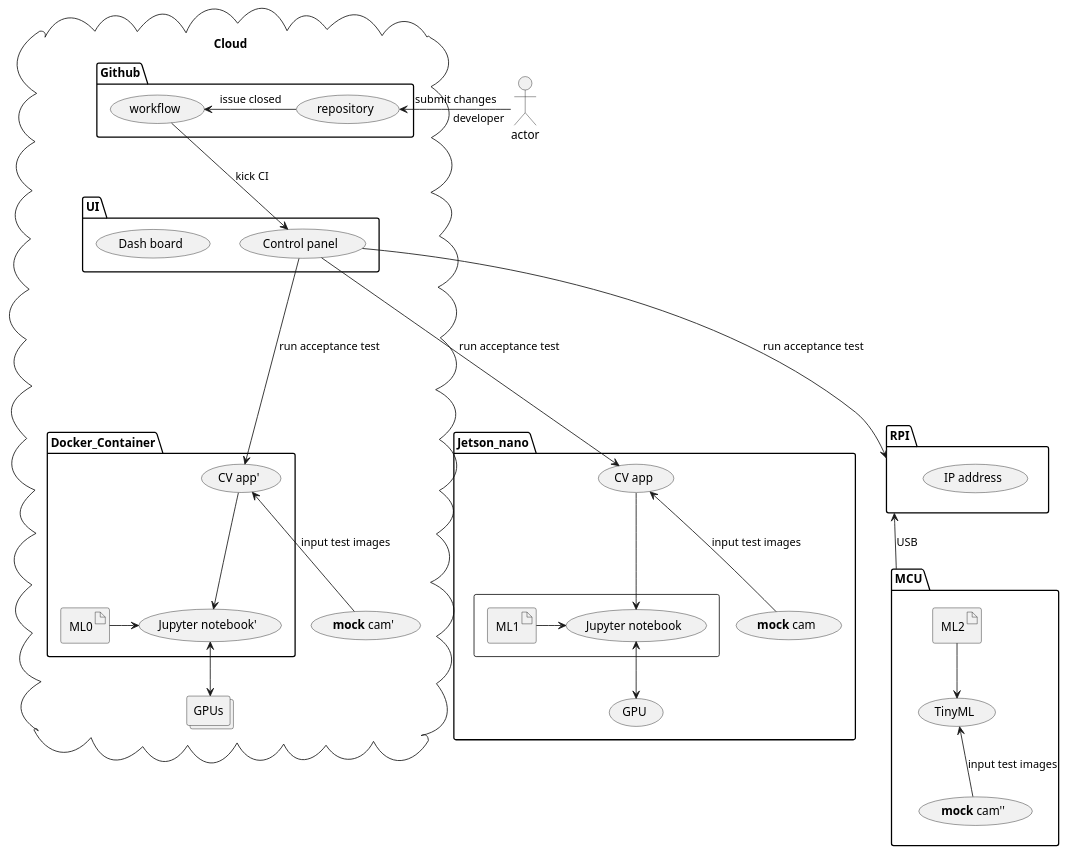
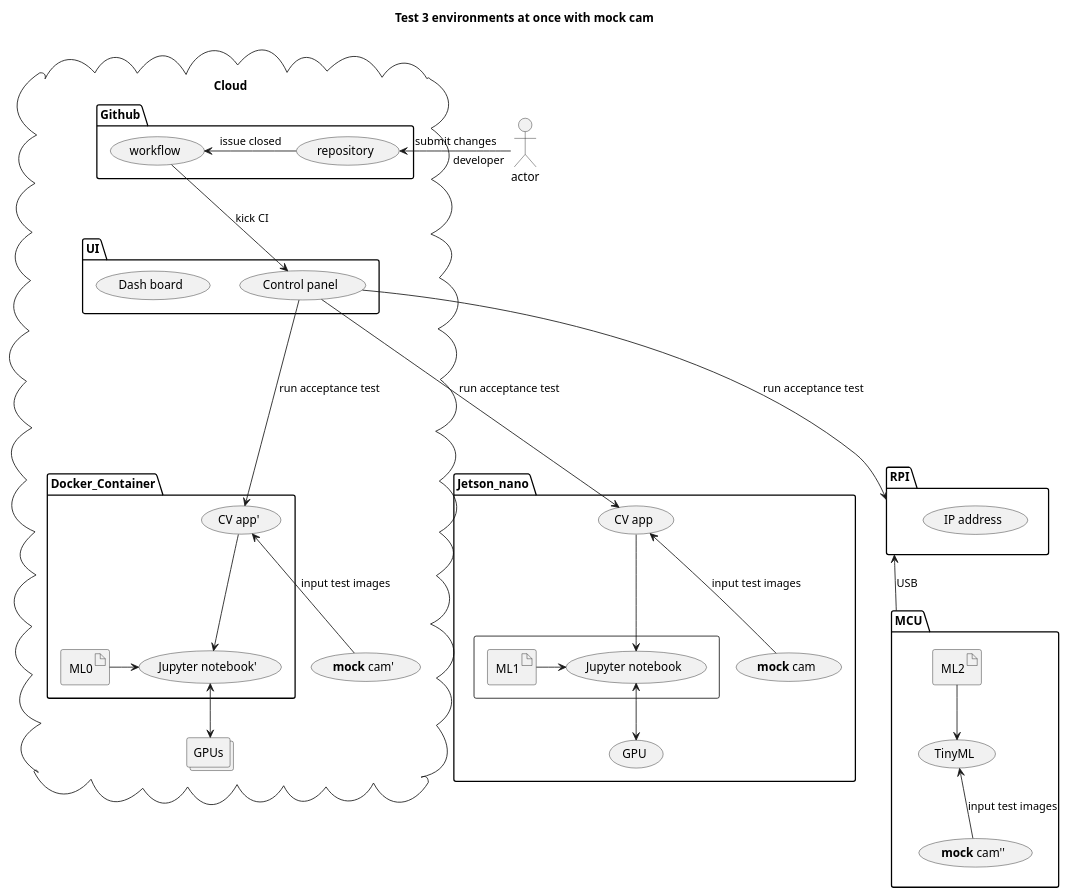
Before and after one commit to Origami-Cloudless-AI/software-engineering-project: the diagram in tdd.puml, drawn with PlantUML. The commit also changed 3 other files, not shown here.

```diff
--- a/tdd.puml
+++ b/tdd.puml
@@ -1,57 +1,58 @@
 @startuml
-'title "test triple with TDD / CI / CD"
+
+title "Test 3 environments at once with mock cam"
 
 cloud Cloud {
 	package Github {
 		(workflow) <- (repository) : issue closed
 	}
 
 	package UI {
 		(workflow) -down-> (Control panel) : kick CI
 		(Dash board)
 	}
 	package Docker_Container {
 		  artifact "ML0"
 		  (Jupyter notebook')
 		  (CV app')
 	}
 	collections "GPUs"
 "ML0" -right-> (Jupyter notebook')
 (CV app') -down-> (Jupyter notebook')
 (Jupyter notebook') <-down-> GPUs
 (CV app') <-down- (**mock** cam') : input test images
 }
 
 actor "developer" --left--> (repository) : submit changes
 
 package Jetson_nano {
 	rectangle {
 		  artifact "ML1"
 		  (Jupyter notebook)
 		  (CV app')
 	}
 
 "ML1" -right-> (Jupyter notebook)
 (CV app) -down-> (Jupyter notebook)
 (Jupyter notebook) <-down-> (GPU)
 (CV app) <-down- (**mock** cam) : input test images
 }
 
 (Control panel) --down--> (CV app) : run acceptance test
 (Control panel) --down--> (CV app') : run acceptance test
 (Control panel) --down--> RPI : run acceptance test
 
 package RPI {
 	(IP address)
 }
 
 package MCU {
         artifact "ML2"
 	ML2 -down-> (TinyML)
 	(TinyML) <-down- (**mock** cam'') : input test images 
 }
 
 RPI <-down- MCU : USB
 
 
 @enduml
```
